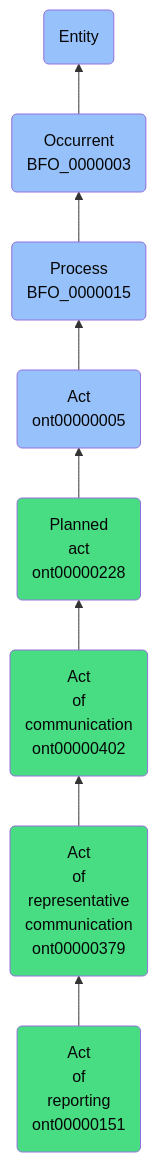
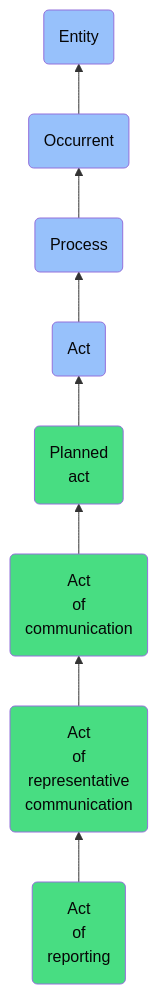
Before and after one commit to jupyter-naas/abi: the diagram in docs/ontology/reference/model/Entity/Occurrent/Process/Act/Planned act/Act of communication/Act of representative communication/Act of reporting/Act of reporting.md, drawn with Mermaid. The commit also changed other lines of this file and 1430 other files, not shown here.

````diff
--- a/docs/ontology/reference/model/Entity/Occurrent/Process/Act/Planned act/Act of communication/Act of representative communication/Act of reporting/Act of reporting.md
+++ b/docs/ontology/reference/model/Entity/Occurrent/Process/Act/Planned act/Act of communication/Act of representative communication/Act of reporting/Act of reporting.md
@@ -24,15 +24,15 @@
 ```mermaid
 graph BT
-    ont00000151(Act<br>of<br>reporting<br>ont00000151):::ABI-->ont00000379
-    ont00000379(Act<br>of<br>representative<br>communication<br>ont00000379):::ABI-->ont00000402
-    ont00000402(Act<br>of<br>communication<br>ont00000402):::ABI-->ont00000228
-    ont00000228(Planned<br>act<br>ont00000228):::ABI-->ont00000005
-    ont00000005(Act<br>ont00000005):::BFO-->BFO_0000015
-    BFO_0000015(Process<br>BFO_0000015):::BFO-->BFO_0000003
-    BFO_0000003(Occurrent<br>BFO_0000003):::BFO-->BFO_0000001
+    ont00000151(Act<br>of<br>reporting):::ABI-->ont00000379
+    ont00000379(Act<br>of<br>representative<br>communication):::ABI-->ont00000402
+    ont00000402(Act<br>of<br>communication):::ABI-->ont00000228
+    ont00000228(Planned<br>act):::ABI-->ont00000005
+    ont00000005(Act):::BFO-->BFO_0000015
+    BFO_0000015(Process):::BFO-->BFO_0000003
+    BFO_0000003(Occurrent):::BFO-->BFO_0000001
     BFO_0000001(Entity):::BFO
     
     classDef BFO fill:#97c1fb,color:#060606
     classDef CCO fill:#e4c51e,color:#060606
     classDef ABI fill:#48DD82,color:#060606
 ```
````
